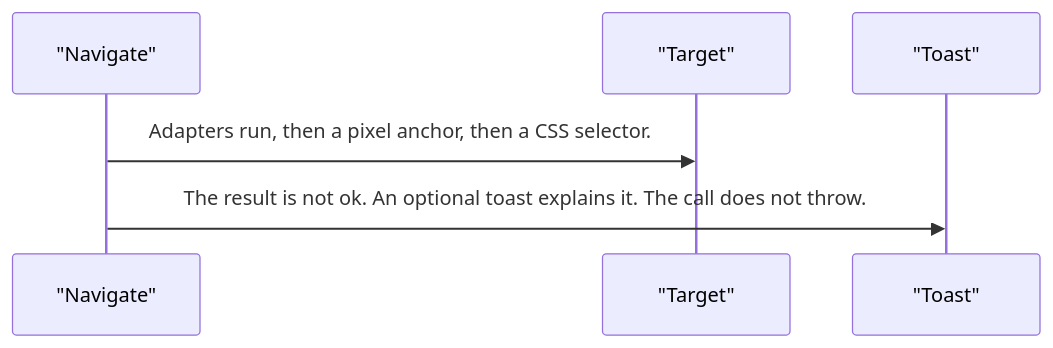
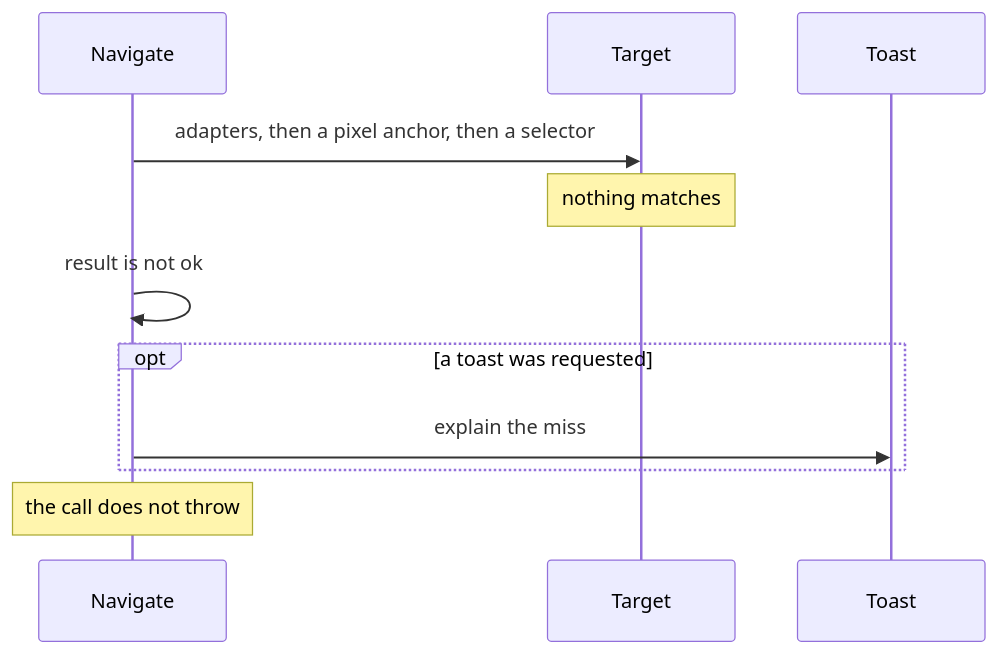
One commit to RajshekharBorate/pixel-ui changed the third of 4 diagrams in projects/pixel-ui/src/lib/services/navigate/DESIGN.md. Above: the diagram before and after it, drawn with Mermaid. The commit also changed other lines of this file and 73 other files, not shown here.

Commit message:
Explain who owns each value and what each flow does in every component and service design.

````diff
--- a/projects/pixel-ui/src/lib/services/navigate/DESIGN.md
+++ b/projects/pixel-ui/src/lib/services/navigate/DESIGN.md
@@ -64,8 +93,13 @@
 ```mermaid
 sequenceDiagram
-  participant nav as "Navigate"
-  participant target as "Target"
-  participant toast as "Toast"
-  nav->>target: Adapters run, then a pixel anchor, then a CSS selector.
-  nav->>toast: The result is not ok. An optional toast explains it. The call does not throw.
+  participant Nav as Navigate
+  participant Target
+  participant Toast
+  Nav->>Target: adapters, then a pixel anchor, then a selector
+  Note over Target: nothing matches
+  Nav->>Nav: result is not ok
+  opt a toast was requested
+    Nav->>Toast: explain the miss
+  end
+  Note over Nav: the call does not throw
 ```
````
